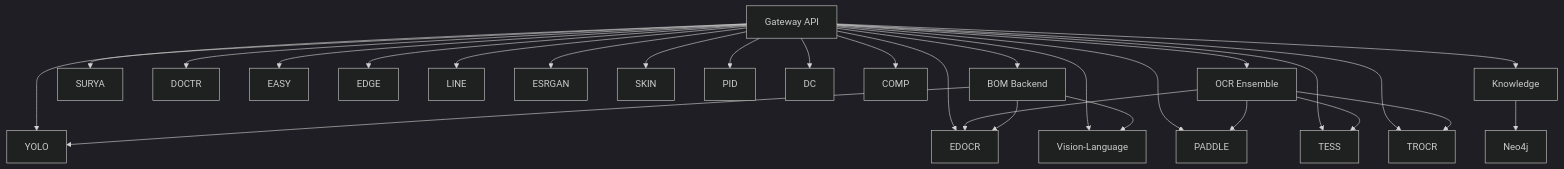
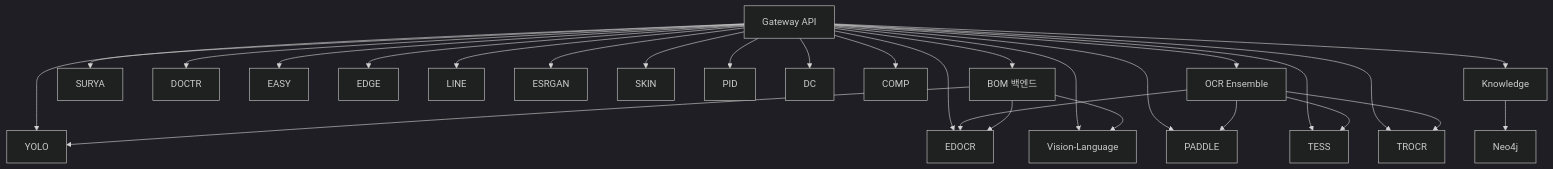
One commit to uprootai/AX_OCR changed the diagram in docs-site/docs/system-overview/port-network.mdx. Above: the diagram before and after it, drawn with Mermaid (dark theme). The commit also changed other lines of this file and 64 other files, not shown here.

````diff
--- a/docs-site/docs/system-overview/port-network.mdx
+++ b/docs-site/docs/system-overview/port-network.mdx
@@ -24,16 +24,16 @@
 ```mermaid
 flowchart TD
     GW["Gateway API"] --> YOLO & EDOCR & VL
     GW --> PADDLE & TESS & TROCR
     GW --> ENS & SURYA & DOCTR & EASY
     GW --> EDGE & LINE & ESRGAN
     GW --> SKIN & PID & DC & COMP
     GW --> BOM & KN
 
     KN["Knowledge"] --> NEO["Neo4j"]
     ENS["OCR Ensemble"] --> EDOCR & PADDLE & TESS & TROCR
 
-    BOM["BOM Backend"] --> YOLO
+    BOM["BOM 백엔드"] --> YOLO
     BOM --> EDOCR
     BOM --> VL["Vision-Language"]
 ```
````
